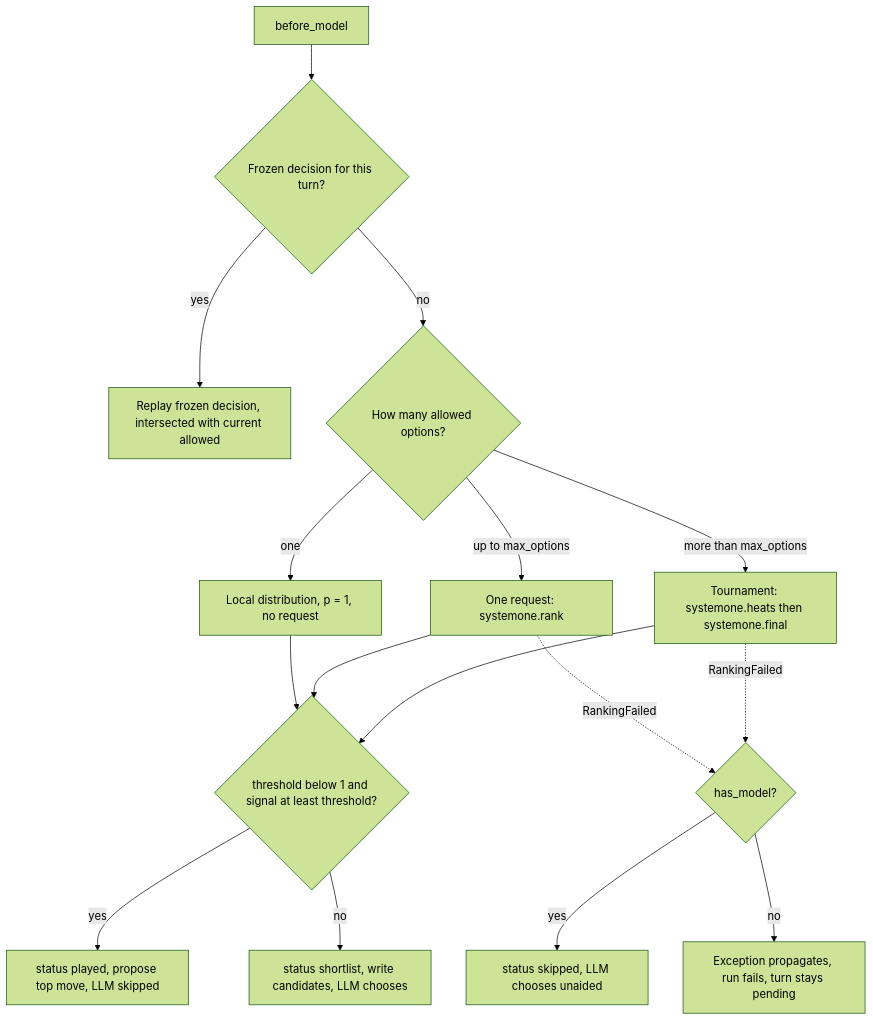
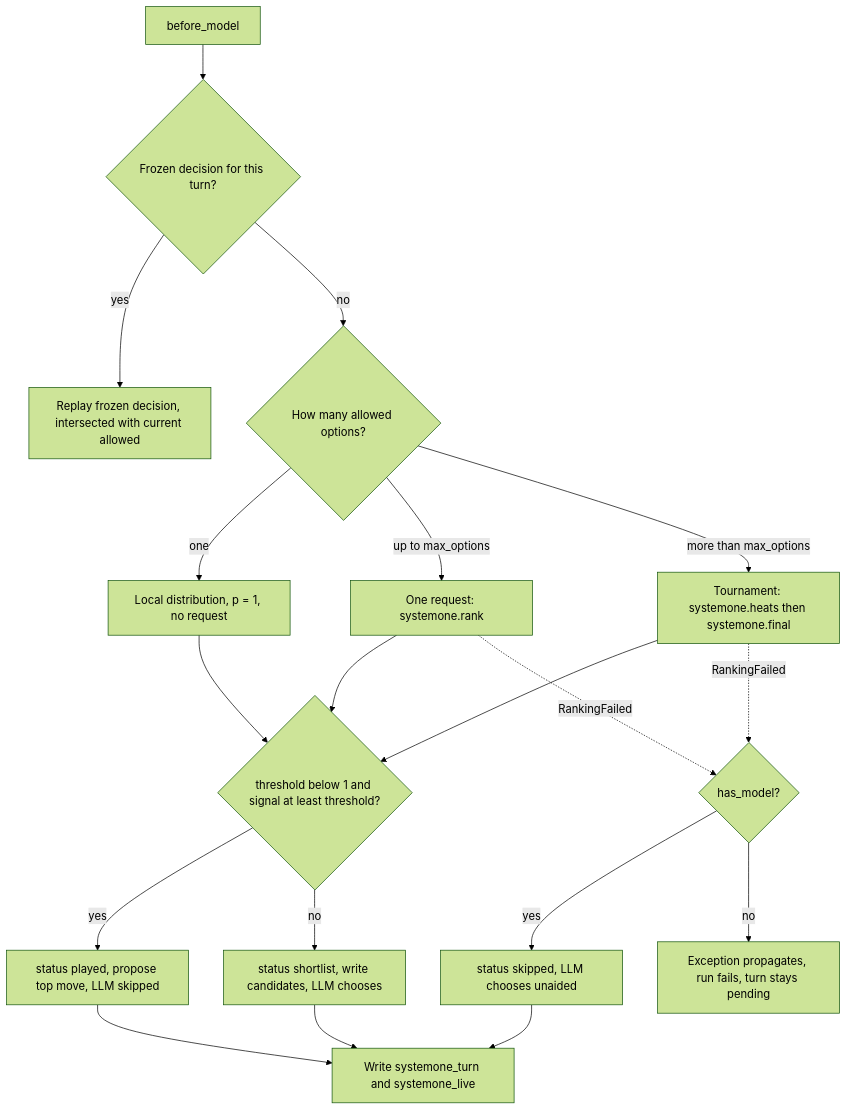
The first of 3 diagrams in openwiki/architecture/system-one.md (darieldatoon/langchain-chess), drawn with Mermaid (forest theme) before and after one commit. The commit also changed other lines of this file and 48 other files, not shown here.

````diff
--- a/openwiki/architecture/system-one.md
+++ b/openwiki/architecture/system-one.md
@@ -85,19 +94,22 @@
 ```mermaid
 flowchart TD
     A["before_model"] --> B{"Frozen decision for this turn?"}
     B -- yes --> R["Replay frozen decision, intersected with current allowed"]
     B -- no --> C{"How many allowed options?"}
     C -- one --> L["Local distribution, p = 1, no request"]
     C -- "up to max_options" --> S["One request: systemone.rank"]
     C -- "more than max_options" --> T["Tournament: systemone.heats then systemone.final"]
     L --> G
     S --> G
     T --> G
     S -. RankingFailed .-> F{"has_model?"}
     T -. RankingFailed .-> F
     F -- yes --> K["status skipped, LLM chooses unaided"]
     F -- no --> X["Exception propagates, run fails, turn stays pending"]
     G{"threshold below 1 and signal at least threshold?"}
     G -- yes --> P["status played, propose top move, LLM skipped"]
     G -- no --> Q["status shortlist, write candidates, LLM chooses"]
+    P --> W["Write systemone_turn and systemone_live"]
+    Q --> W
+    K --> W
 ```
````
